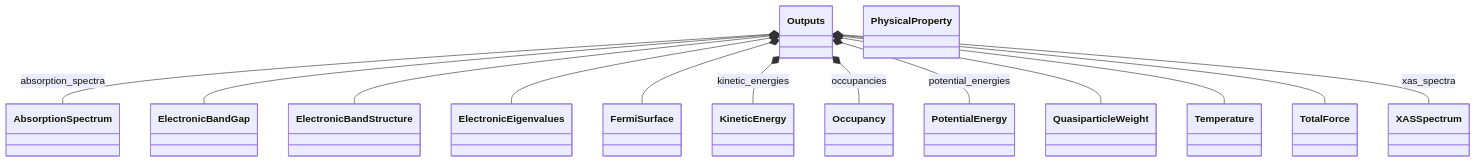
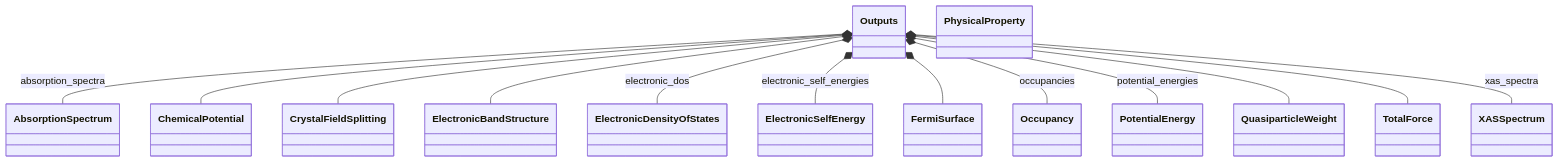
One commit to FAIRmat-NFDI/nomad-simulations changed the first of 2 diagrams in docs/schema/outputs.diagram.md. Above: the diagram before and after it, drawn with Mermaid. The commit also changed 3 other files, not shown here.

Commit message:
regenerate docs schema

````diff
--- a/docs/schema/outputs.diagram.md
+++ b/docs/schema/outputs.diagram.md
@@ -14,43 +14,43 @@
 ```mermaid
 classDiagram
     class AbsorptionSpectrum {
     }
-    class ElectronicBandGap {
+    class ChemicalPotential {
+    }
+    class CrystalFieldSplitting {
     }
     class ElectronicBandStructure {
     }
-    class ElectronicEigenvalues {
+    class ElectronicDensityOfStates {
+    }
+    class ElectronicSelfEnergy {
     }
     class FermiSurface {
-    }
-    class KineticEnergy {
     }
     class Occupancy {
     }
     class Outputs {
     }
     class PhysicalProperty {
     }
     class PotentialEnergy {
     }
     class QuasiparticleWeight {
     }
-    class Temperature {
-    }
     class TotalForce {
     }
     class XASSpectrum {
     }
     Outputs *-- AbsorptionSpectrum : absorption_spectra
-    Outputs *-- ElectronicBandGap
+    Outputs *-- ChemicalPotential
+    Outputs *-- CrystalFieldSplitting
     Outputs *-- ElectronicBandStructure
-    Outputs *-- ElectronicEigenvalues
+    Outputs *-- ElectronicDensityOfStates : electronic_dos
+    Outputs *-- ElectronicSelfEnergy : electronic_self_energies
     Outputs *-- FermiSurface
-    Outputs *-- KineticEnergy : kinetic_energies
     Outputs *-- Occupancy : occupancies
     Outputs *-- PotentialEnergy : potential_energies
     Outputs *-- QuasiparticleWeight
-    Outputs *-- Temperature
     Outputs *-- TotalForce
     Outputs *-- XASSpectrum : xas_spectra
 ```
````
